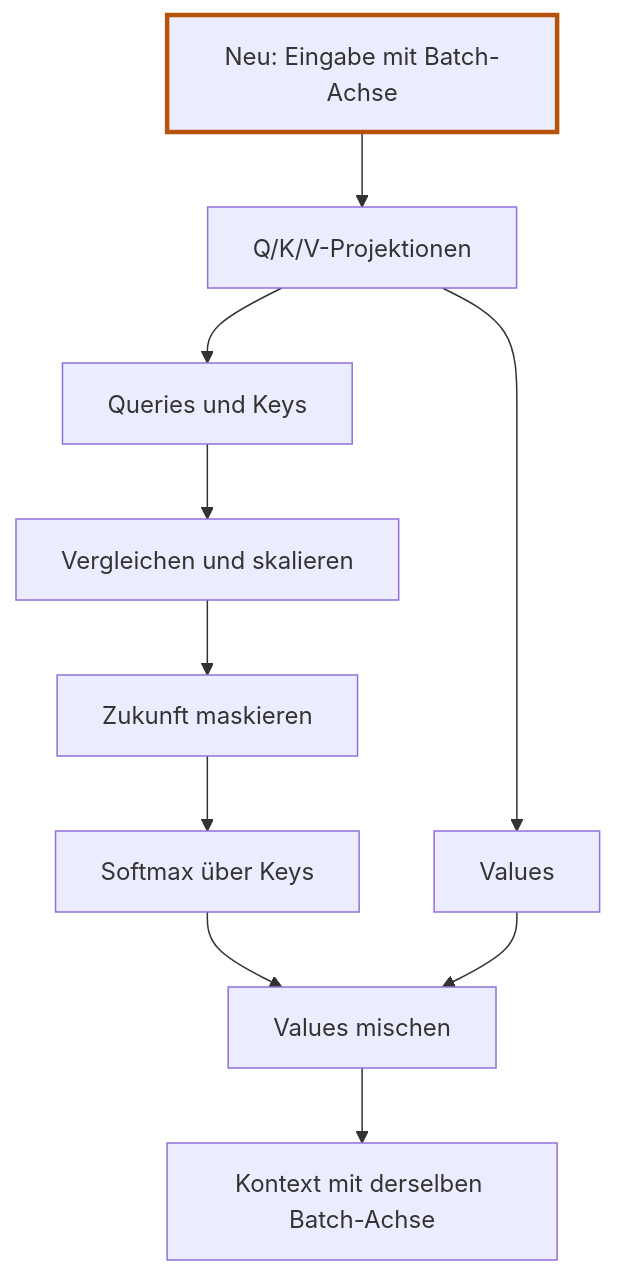
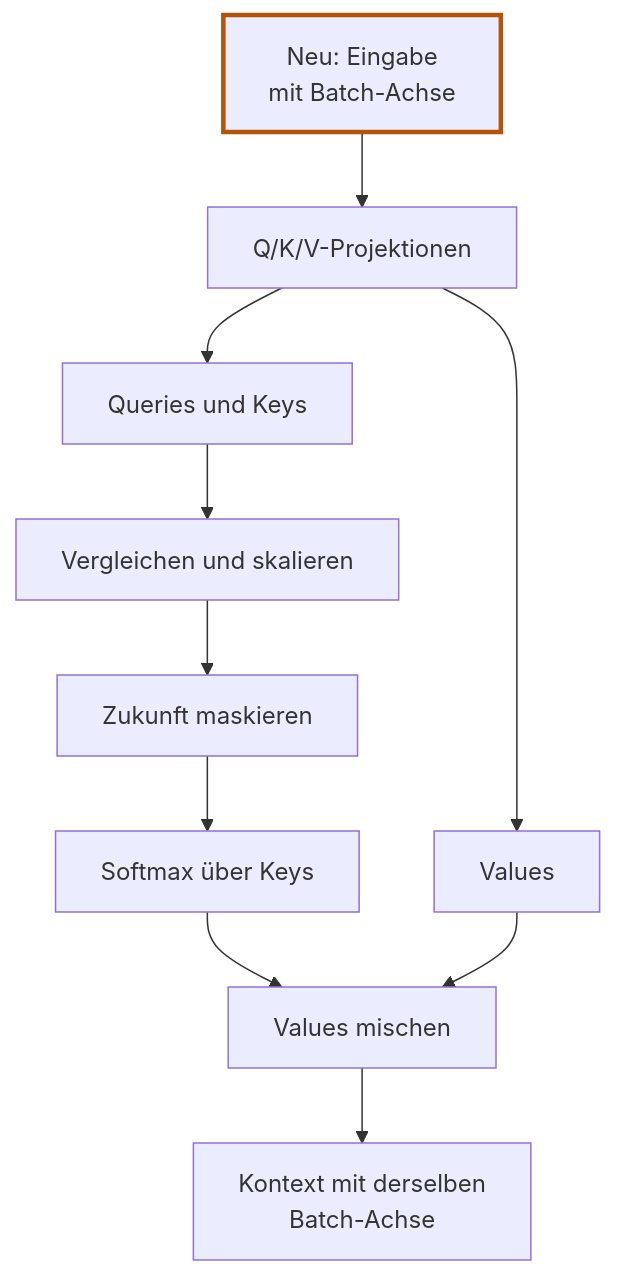
Before and after one commit to zuegi/rusty-mind-llm: the second of 2 diagrams in book/src/kapitel/05-08-attention-kopf-in-burn.md, drawn with Mermaid. The commit also changed other lines of this file and 3 other files, not shown here.

````diff
--- a/book/src/kapitel/05-08-attention-kopf-in-burn.md
+++ b/book/src/kapitel/05-08-attention-kopf-in-burn.md
@@ -217,13 +219,13 @@
 ```mermaid
 flowchart TD
-    E["Neu: Eingabe mit Batch-Achse"] --> P["Q/K/V-Projektionen"]
+    E["Neu: Eingabe<br/>mit Batch-Achse"] --> P["Q/K/V-Projektionen"]
     P --> QK["Queries und Keys"]
     P --> V["Values"]
     QK --> S["Vergleichen und skalieren"]
     S --> Mask["Zukunft maskieren"]
     Mask --> W["Softmax über Keys"]
     W --> M["Values mischen"]
     V --> M
-    M --> C["Kontext mit derselben Batch-Achse"]
+    M --> C["Kontext mit derselben<br/>Batch-Achse"]
     style E stroke:#b45309,stroke-width:3px
 ```
````
